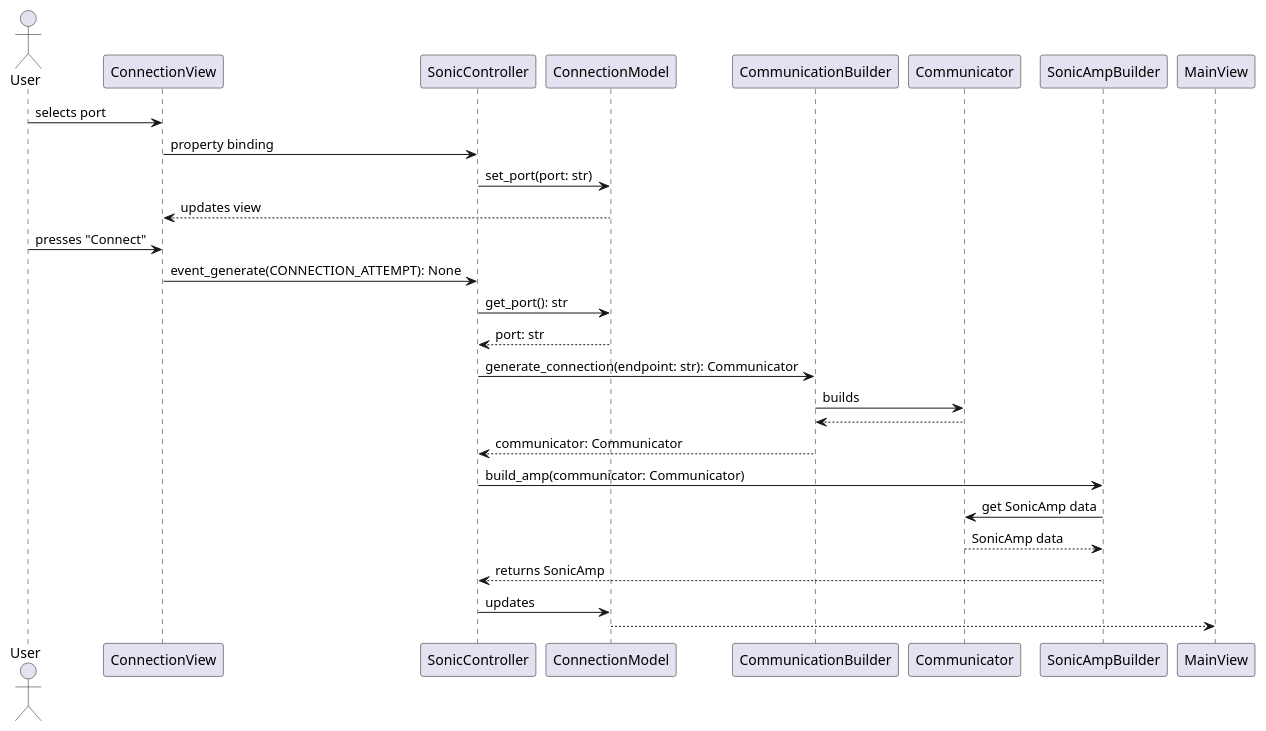
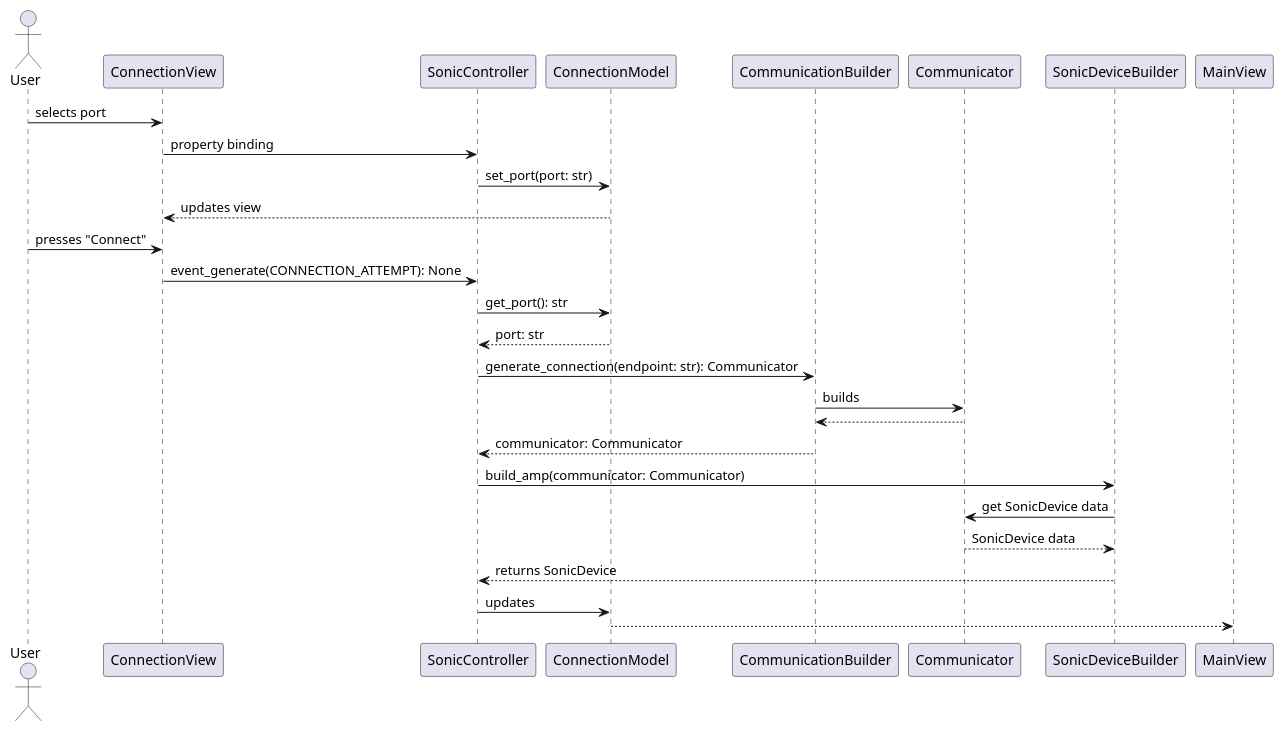
The diagram in docs/diagrams/sequence_diagram.puml (usepat/soniccontrol), drawn with PlantUML before and after one commit. The commit also changed 168 other files, not shown here.

Commit message:
Changed names from sonicpackage to soniccontrol and from sonicamp to sonic_device.

```diff
--- a/docs/diagrams/sequence_diagram.puml
+++ b/docs/diagrams/sequence_diagram.puml
@@ -1,24 +1,24 @@
 @startuml
 
 actor User
 
 User -> ConnectionView: selects port
 ConnectionView -> SonicController: property binding
 SonicController -> ConnectionModel: set_port(port: str)
 ConnectionModel --> ConnectionView: updates view
 User -> ConnectionView: presses "Connect"
 ConnectionView -> SonicController: event_generate(CONNECTION_ATTEMPT): None
 SonicController -> ConnectionModel: get_port(): str
 ConnectionModel --> SonicController: port: str
 SonicController -> CommunicationBuilder: generate_connection(endpoint: str): Communicator
 CommunicationBuilder -> Communicator: builds
 Communicator --> CommunicationBuilder
 CommunicationBuilder --> SonicController: communicator: Communicator
-SonicController -> SonicAmpBuilder: build_amp(communicator: Communicator)
-SonicAmpBuilder -> Communicator: get SonicAmp data
-Communicator --> SonicAmpBuilder: SonicAmp data
-SonicAmpBuilder --> SonicController: returns SonicAmp
+SonicController -> SonicDeviceBuilder: build_amp(communicator: Communicator)
+SonicDeviceBuilder -> Communicator: get SonicDevice data
+Communicator --> SonicDeviceBuilder: SonicDevice data
+SonicDeviceBuilder --> SonicController: returns SonicDevice
 SonicController -> ConnectionModel: updates
 ConnectionModel --> MainView 
 
 @enduml
```
